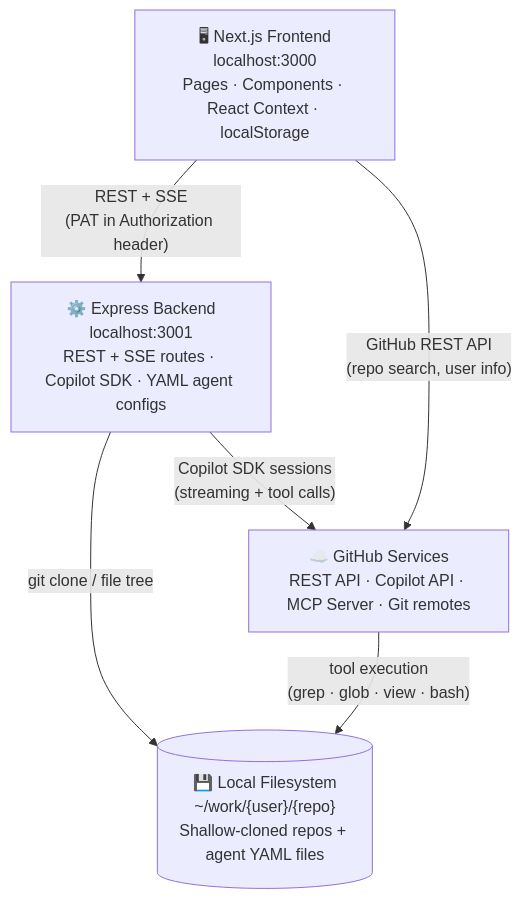
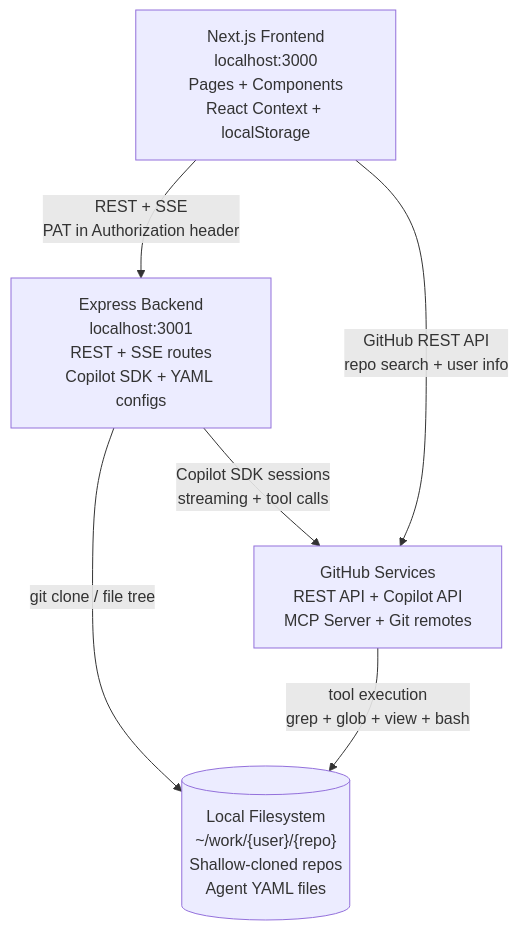
Before and after one commit to gherrerz/agentic-web-spec: the second of 7 diagrams in ARCHITECTURE.md, drawn with Mermaid. The commit also changed other lines of this file, not shown here.

Commit message:
docs: mejora legibilidad de diagramas mermaid

````diff
--- a/ARCHITECTURE.md
+++ b/ARCHITECTURE.md
@@ -69,13 +70,14 @@
 ```mermaid
+%%{init: {'flowchart': {'nodeSpacing': 55, 'rankSpacing': 70, 'htmlLabels': true}}}%%
 flowchart TD
-    Browser["🖥 Next.js Frontend\nlocalhost:3000\nPages · Components · React Context · localStorage"]
-    Backend["⚙️ Express Backend\nlocalhost:3001\nREST + SSE routes · Copilot SDK · YAML agent configs"]
-    Disk[("💾 Local Filesystem\n~/work/{user}/{repo}\nShallow-cloned repos + agent YAML files")]
-    GitHub["☁️ GitHub Services\nREST API · Copilot API · MCP Server · Git remotes"]
+    Browser["Next.js Frontend<br/>localhost:3000<br/>Pages + Components<br/>React Context + localStorage"]
+    Backend["Express Backend<br/>localhost:3001<br/>REST + SSE routes<br/>Copilot SDK + YAML configs"]
+    Disk[("Local Filesystem<br/>~/work/{user}/{repo}<br/>Shallow-cloned repos<br/>Agent YAML files")]
+    GitHub["GitHub Services<br/>REST API + Copilot API<br/>MCP Server + Git remotes"]
 
-    Browser -- "REST + SSE\n(PAT in Authorization header)" --> Backend
-    Browser -- "GitHub REST API\n(repo search, user info)" --> GitHub
+    Browser -- "REST + SSE<br/>PAT in Authorization header" --> Backend
+    Browser -- "GitHub REST API<br/>repo search + user info" --> GitHub
     Backend -- "git clone / file tree" --> Disk
-    Backend -- "Copilot SDK sessions\n(streaming + tool calls)" --> GitHub
-    GitHub -- "tool execution\n(grep · glob · view · bash)" --> Disk
+    Backend -- "Copilot SDK sessions<br/>streaming + tool calls" --> GitHub
+    GitHub -- "tool execution<br/>grep + glob + view + bash" --> Disk
 ```
````
